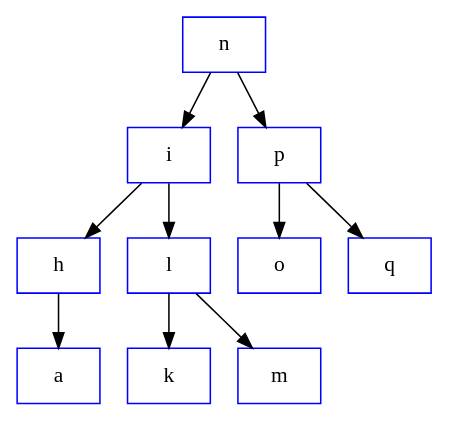
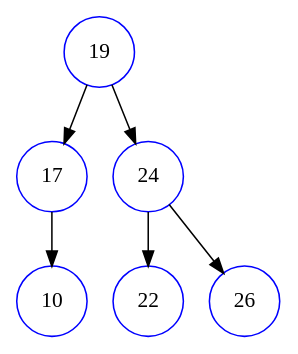
One commit to ivc7/EstructuraDeDatos changed the diagram in will/ArbolAVL/ArbolAVL/example.dot. Above: the diagram before and after it, drawn with Graphviz. The commit also changed 80 other files, not shown here.

```diff
--- a/will/ArbolAVL/ArbolAVL/example.dot
+++ b/will/ArbolAVL/ArbolAVL/example.dot
@@ -1,12 +1,8 @@
 digraph G{
- node [shape=box, color=blue]
-n->i;
-i->h;
-h->a;
-i->l;
-l->k;
-l->m;
-n->p;
-p->o;
-p->q;
+ node [shape=circle, color=blue]
+19->17;
+17->10;
+19->24;
+24->22;
+24->26;
 }
```
